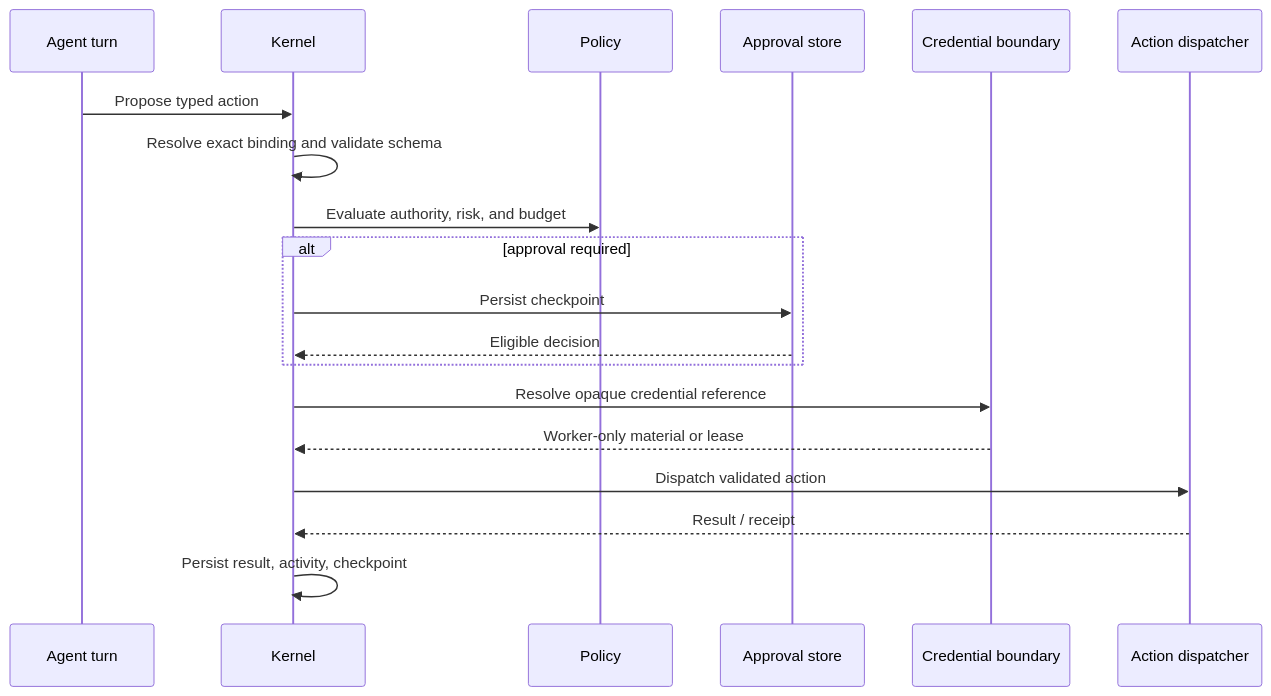
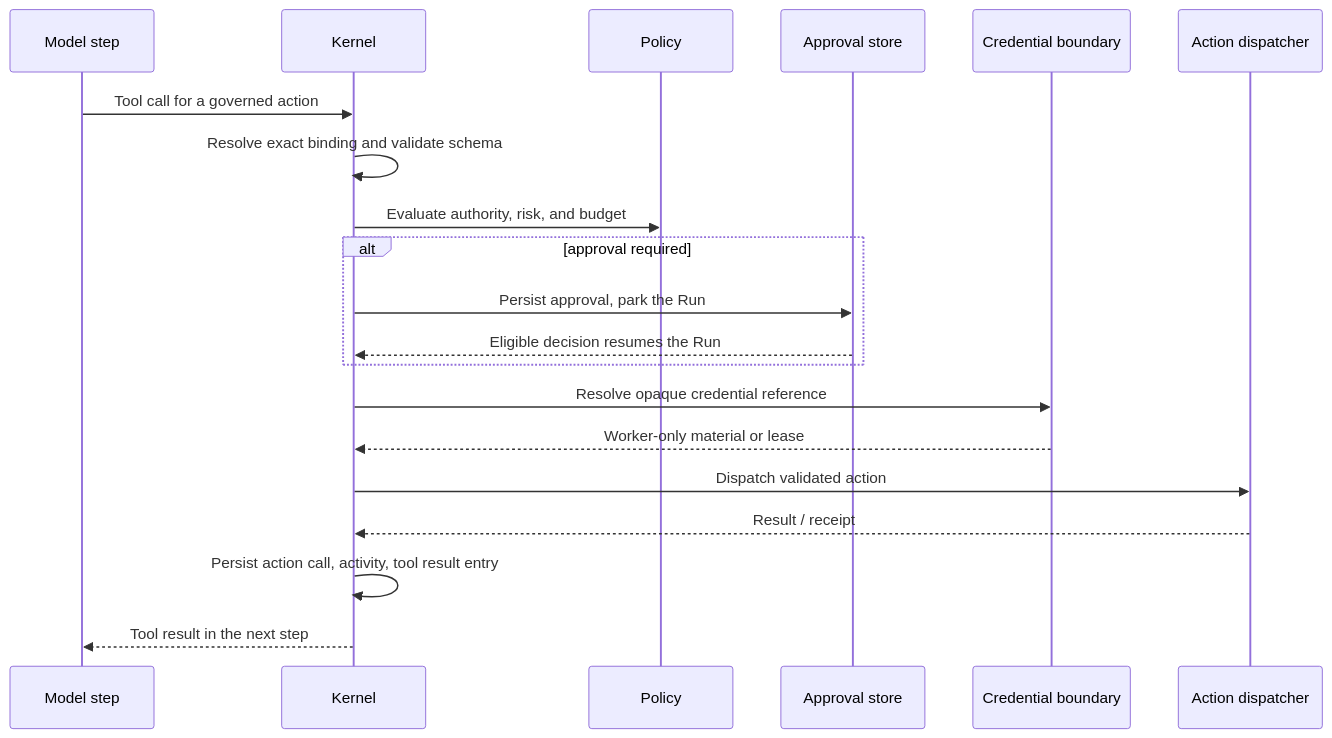
Before and after one commit to axiom-studio/openseal: the fourth of 5 diagrams in docs/dev-docs/architecture/autonomous-agent-runtime.md, drawn with Mermaid. The commit also changed other lines of this file and 10 other files, not shown here.

Commit message:
Docs and the Rowan example now describe Runs as an agent loop of model steps, with agent-turns v2 and the new step budgets.

````diff
--- a/docs/dev-docs/architecture/autonomous-agent-runtime.md
+++ b/docs/dev-docs/architecture/autonomous-agent-runtime.md
@@ -189,22 +203,23 @@
 ```mermaid
 sequenceDiagram
-    participant Turn as Agent turn
+    participant M as Model step
     participant K as Kernel
     participant P as Policy
     participant A as Approval store
     participant C as Credential boundary
     participant X as Action dispatcher
 
-    Turn->>K: Propose typed action
+    M->>K: Tool call for a governed action
     K->>K: Resolve exact binding and validate schema
     K->>P: Evaluate authority, risk, and budget
     alt approval required
-        K->>A: Persist checkpoint
-        A-->>K: Eligible decision
+        K->>A: Persist approval, park the Run
+        A-->>K: Eligible decision resumes the Run
     end
     K->>C: Resolve opaque credential reference
     C-->>K: Worker-only material or lease
     K->>X: Dispatch validated action
     X-->>K: Result / receipt
-    K->>K: Persist result, activity, checkpoint
+    K->>K: Persist action call, activity, tool result entry
+    K-->>M: Tool result in the next step
 ```
````
